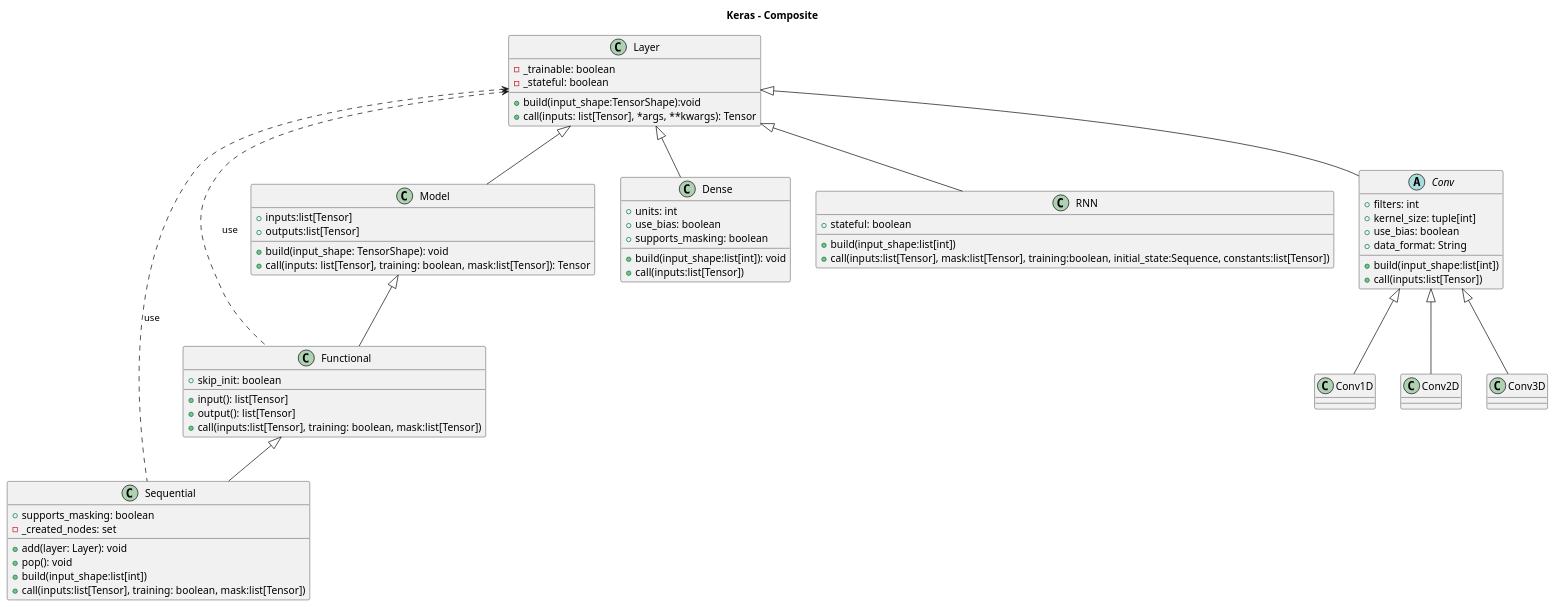
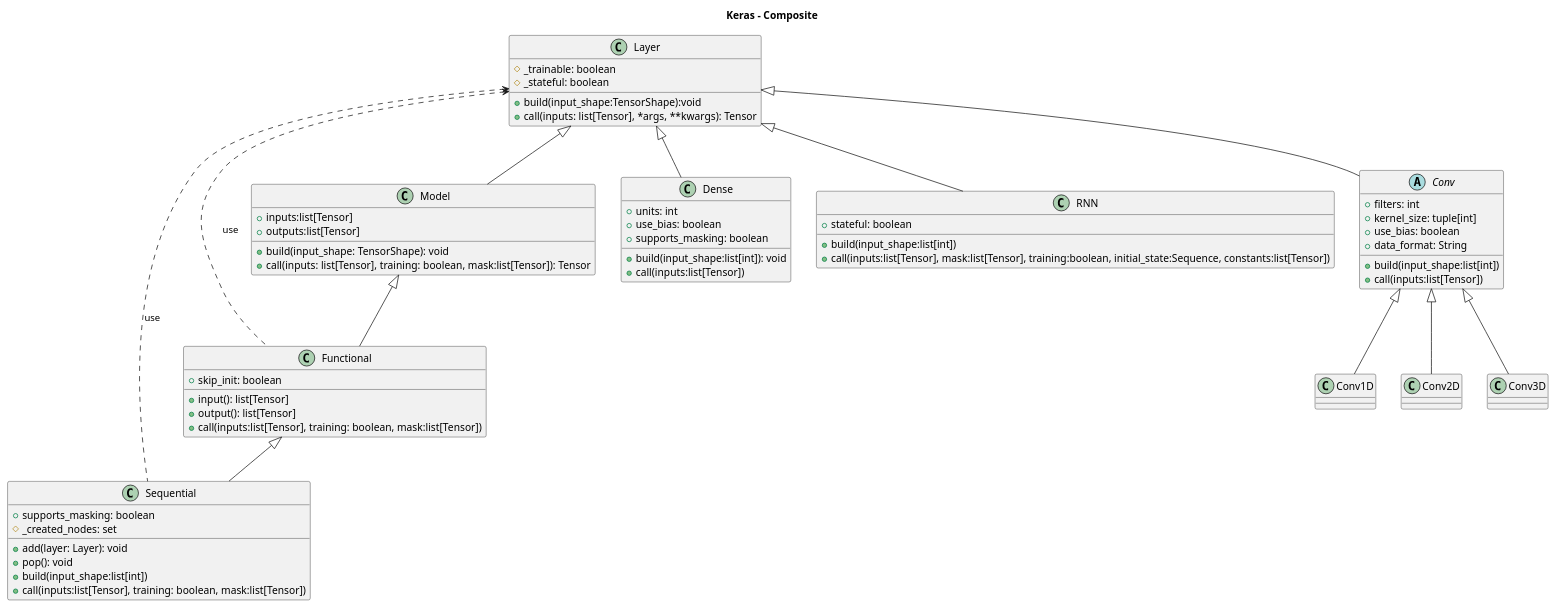
One commit to pholpaphankorn/keras_softarch_assignment changed the diagram in uml_diagram/src/keras_Composite.puml. Above: the diagram before and after it, drawn with PlantUML.

Commit message:
change to protected

```diff
--- a/uml_diagram/src/keras_Composite.puml
+++ b/uml_diagram/src/keras_Composite.puml
@@ -1,73 +1,73 @@
 @startuml
 
 title Keras - Composite
 
 class Layer {
     +build(input_shape:TensorShape):void
     +call(inputs: list[Tensor], *args, **kwargs): Tensor
-    -_trainable: boolean
-    -_stateful: boolean
+    #_trainable: boolean
+    #_stateful: boolean
 } 
 
 class Model extends Layer{
     +build(input_shape: TensorShape): void
     +call(inputs: list[Tensor], training: boolean, mask:list[Tensor]): Tensor
     +inputs:list[Tensor]
     +outputs:list[Tensor]
 }
 
 class Dense extends Layer {
     +build(input_shape:list[int]): void
     +call(inputs:list[Tensor])
     +units: int
     +use_bias: boolean
     +supports_masking: boolean
 }
 
 class RNN extends Layer {
     +build(input_shape:list[int])
     +call(inputs:list[Tensor], mask:list[Tensor], training:boolean, initial_state:Sequence, constants:list[Tensor])
     +stateful: boolean
 }
 
 abstract class Conv extends Layer {
     +build(input_shape:list[int])
     +call(inputs:list[Tensor])
     +filters: int
     +kernel_size: tuple[int]
     +use_bias: boolean
     +data_format: String
 }
 class Conv1D extends Conv{
     
 }
 class Conv2D extends Conv{
 
 }
 class Conv3D extends Conv{
     
 }
 
 class Functional extends Model {
     +input(): list[Tensor]
     +output(): list[Tensor]
     +call(inputs:list[Tensor], training: boolean, mask:list[Tensor])
     +skip_init: boolean
 }
 
 class Sequential extends Functional {
     +add(layer: Layer): void
     +pop(): void
     +build(input_shape:list[int])
     +call(inputs:list[Tensor], training: boolean, mask:list[Tensor])
     +supports_masking: boolean
-    -_created_nodes: set
+    #_created_nodes: set
 
 }
 
 Sequential .left.> Layer : use
 Functional .left.> Layer : use
 
 
 
 @enduml
```
